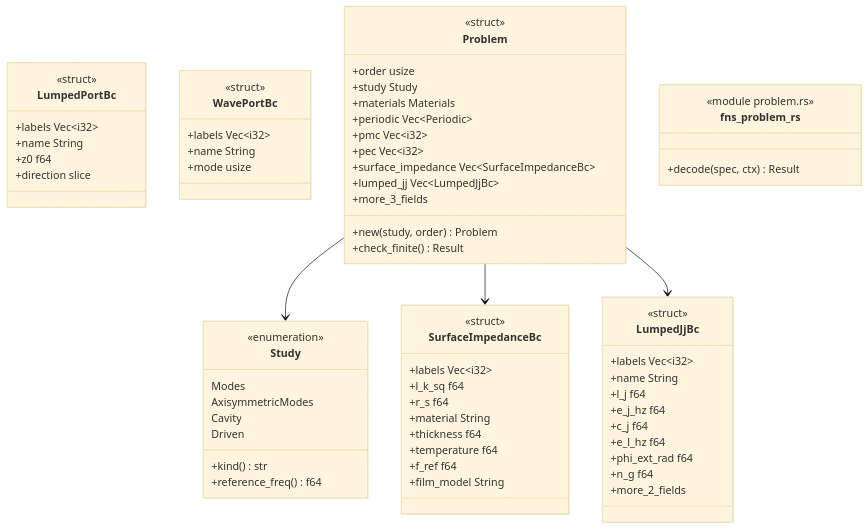
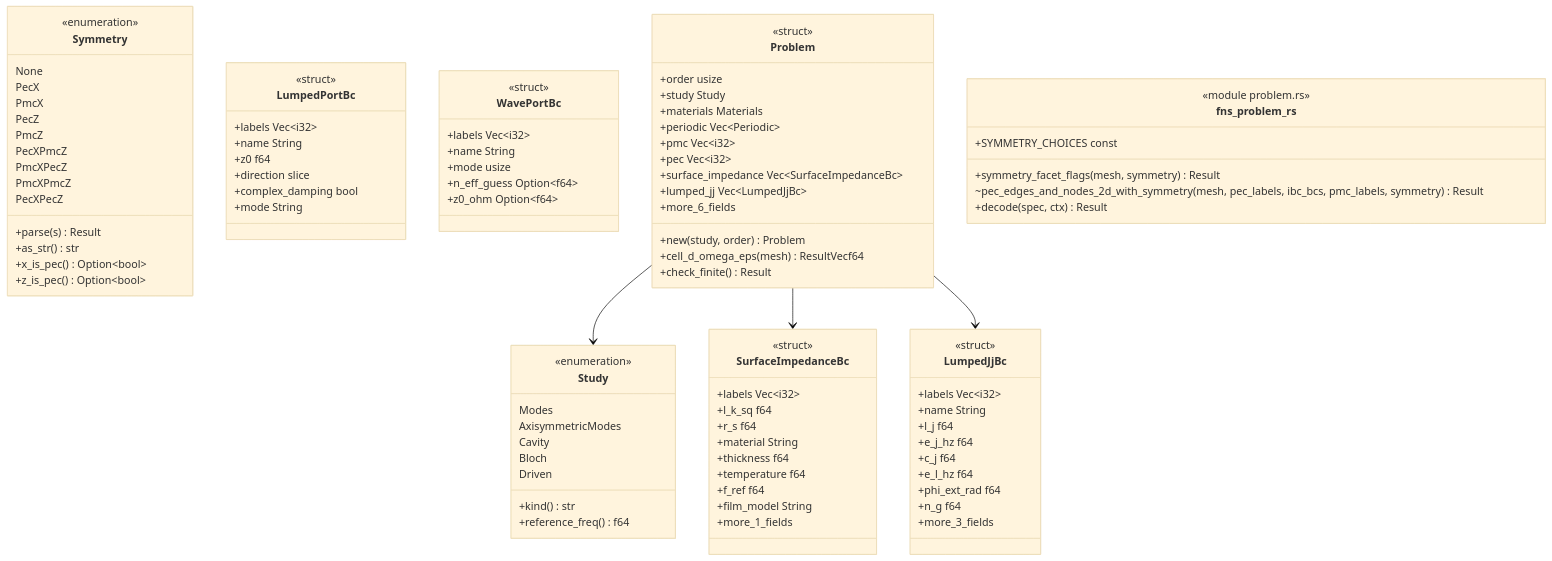
One commit to p-j-r/nyx changed the diagram in docs/architecture/c4/4-code/ems/problem.md. Above: the diagram before and after it, drawn with Mermaid (base theme). The commit also changed other lines of this file and 150 other files, not shown here.

````diff
--- a/docs/architecture/c4/4-code/ems/problem.md
+++ b/docs/architecture/c4/4-code/ems/problem.md
@@ -42,10 +43,27 @@
 ```mermaid
 classDiagram
+  class Symmetry {
+      <<enumeration>>
+      None
+      PecX
+      PmcX
+      PecZ
+      PmcZ
+      PecXPmcZ
+      PmcXPecZ
+      PmcXPmcZ
+      PecXPecZ
+      +parse(s) Result
+      +as_str() str
+      +x_is_pec() Option~bool~
+      +z_is_pec() Option~bool~
+  }
   class Study {
       <<enumeration>>
       Modes
       AxisymmetricModes
       Cavity
+      Bloch
       Driven
       +kind() str
       +reference_freq() f64
@@ -60,6 +78,7 @@
       +temperature f64
       +f_ref f64
       +film_model String
+      +more_1_fields
   }
   class LumpedJjBc {
       <<struct>>
@@ -71,7 +90,7 @@
       +e_l_hz f64
       +phi_ext_rad f64
       +n_g f64
-      +more_2_fields
+      +more_3_fields
   }
   class LumpedPortBc {
       <<struct>>
@@ -79,12 +98,16 @@
       +name String
       +z0 f64
       +direction slice
+      +complex_damping bool
+      +mode String
   }
   class WavePortBc {
       <<struct>>
       +labels Vec~i32~
       +name String
       +mode usize
+      +n_eff_guess Option~f64~
+      +z0_ohm Option~f64~
   }
   class Problem {
       <<struct>>
@@ -96,13 +119,17 @@
       +pec Vec~i32~
       +surface_impedance Vec~SurfaceImpedanceBc~
       +lumped_jj Vec~LumpedJjBc~
-      +more_3_fields
+      +more_6_fields
       +new(study, order) Problem
+      +cell_d_omega_eps(mesh) ResultVecf64
       +check_finite() Result
   }
   class fns_problem_rs {
       <<module problem.rs>>
+      +symmetry_facet_flags(mesh, symmetry) Result
+      ~pec_edges_and_nodes_2d_with_symmetry(mesh, pec_labels, ibc_bcs, pmc_labels, symmetry) Result
       +decode(spec, ctx) Result
+      +SYMMETRY_CHOICES const
   }
   Problem --> Study
   Problem --> SurfaceImpedanceBc
````
